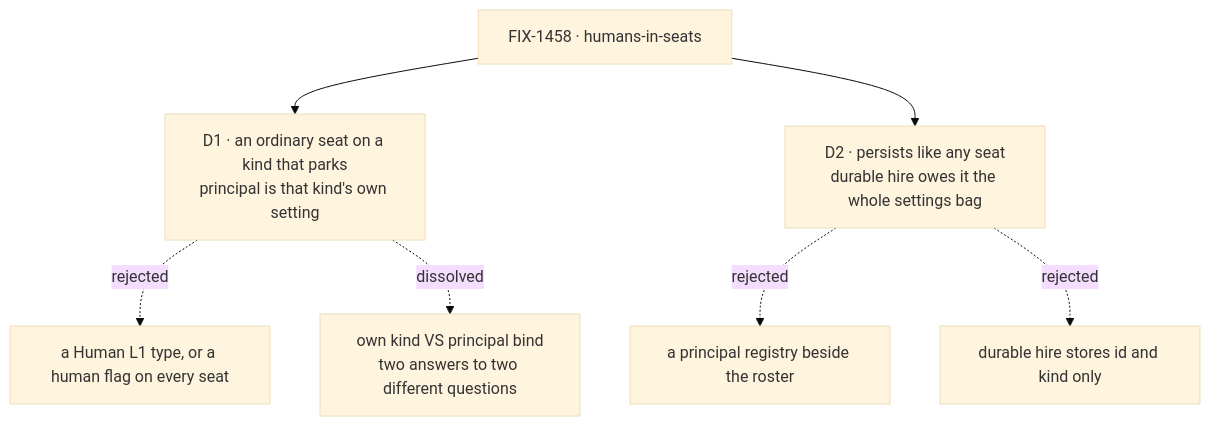
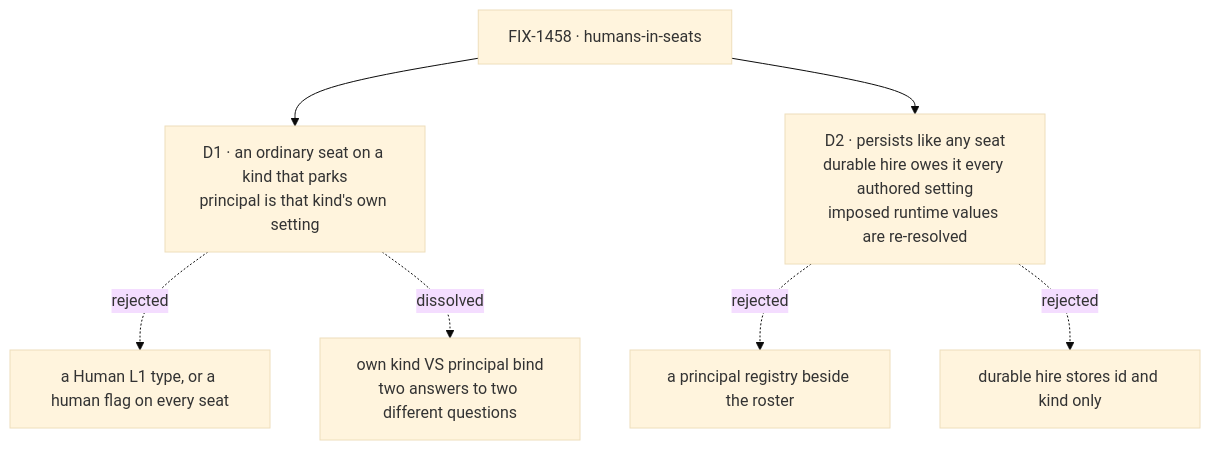
One commit to fixpoint-labs/flow-state-dev changed the diagram in spec/FIX-1458/DECISIONS.md. Above: the diagram before and after it, drawn with Mermaid (base theme). The commit also changed other lines of this file and 7 other files, not shown here.

````diff
--- a/spec/FIX-1458/DECISIONS.md
+++ b/spec/FIX-1458/DECISIONS.md
@@ -12,9 +12,9 @@
 ```mermaid
 flowchart TD
   I["FIX-1458 · humans-in-seats"] --> D1["D1 · an ordinary seat on a kind that parks<br/>principal is that kind's own setting"]
   D1 -.->|"rejected"| X1["a Human L1 type, or a human flag on every seat"]
   D1 -.->|"dissolved"| X2["own kind VS principal bind<br/>two answers to two different questions"]
-  I --> D2["D2 · persists like any seat<br/>durable hire owes it the whole settings bag"]
+  I --> D2["D2 · persists like any seat<br/>durable hire owes it every authored setting<br/>imposed runtime values are re-resolved"]
   D2 -.->|"rejected"| X3["a principal registry beside the roster"]
   D2 -.->|"rejected"| X4["durable hire stores id and kind only"]
 ```
````
